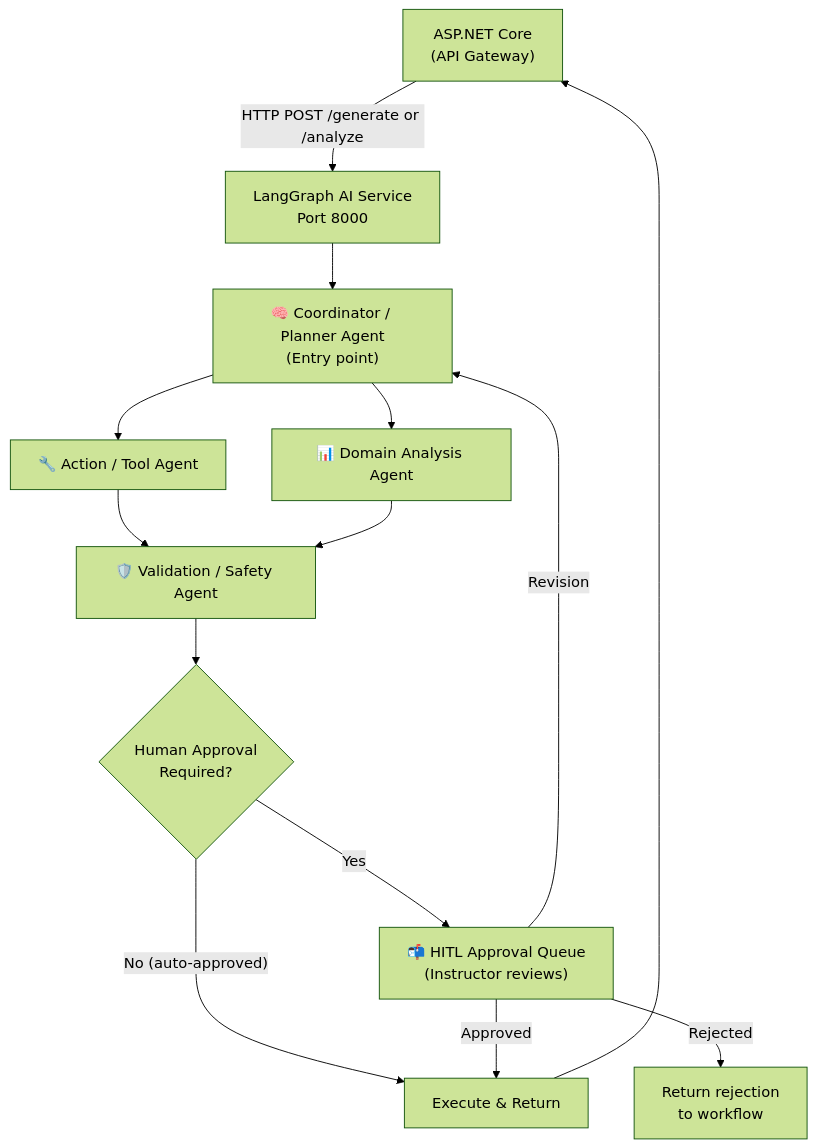
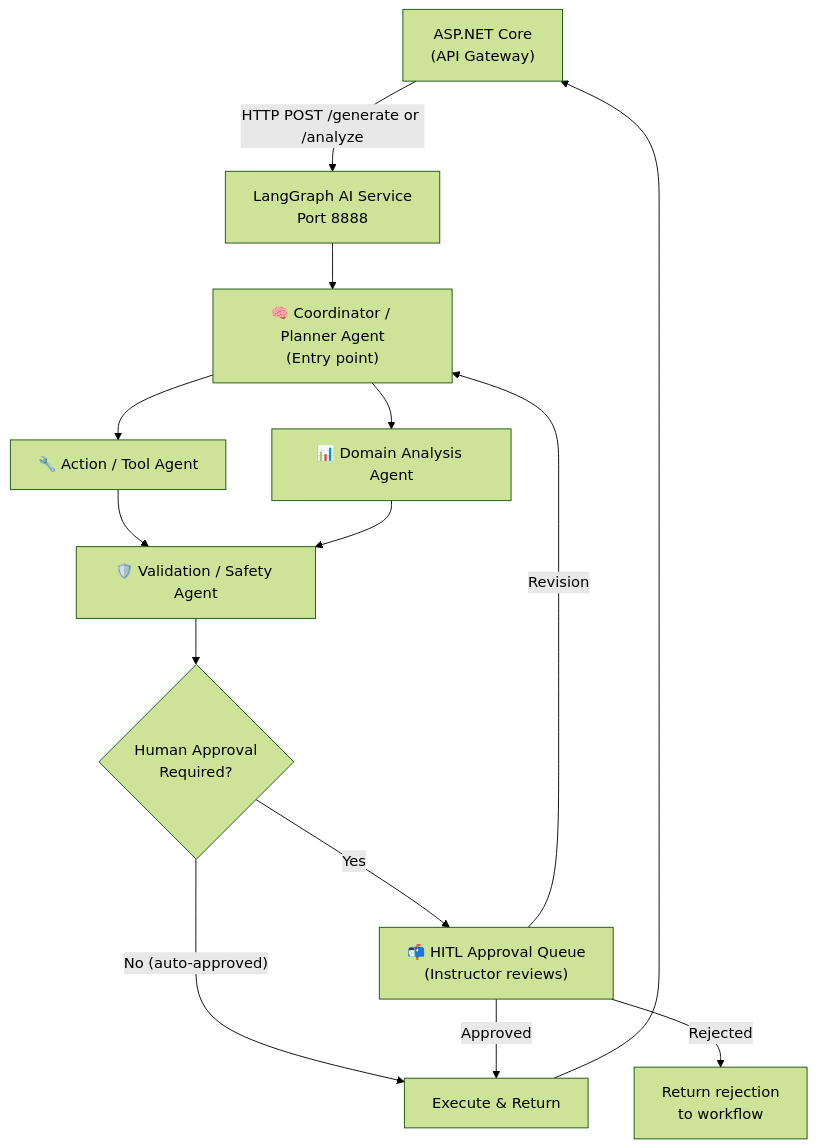
One commit to Raashidh-Rizvi/EduFlowAi changed the first of 3 diagrams in docs/project/09_AI_ORCHESTRATION.md. Above: the diagram before and after it, drawn with Mermaid (forest theme). The commit also changed 9 other files, not shown here.

````diff
--- a/docs/project/09_AI_ORCHESTRATION.md
+++ b/docs/project/09_AI_ORCHESTRATION.md
@@ -13,16 +13,16 @@
 ```mermaid
 flowchart TD
-    BACKEND["ASP.NET Core\n(API Gateway)"] -->|"HTTP POST /generate or /analyze"| AI["LangGraph AI Service\nPort 8000"]
+    BACKEND["ASP.NET Core\n(API Gateway)"] -->|"HTTP POST /generate or /analyze"| AI["LangGraph AI Service\nPort 8888"]
     AI --> COORD["🧠 Coordinator / Planner Agent\n(Entry point)"]
     COORD --> TOOL["🔧 Action / Tool Agent"]
     COORD --> DOMAIN["📊 Domain Analysis Agent"]
     TOOL --> VAL["🛡️ Validation / Safety Agent"]
     DOMAIN --> VAL
     VAL --> GATE{"Human Approval\nRequired?"}
     GATE -->|"Yes"| HITL["📬 HITL Approval Queue\n(Instructor reviews)"]
     GATE -->|"No (auto-approved)"| EXEC["Execute & Return"]
     HITL -->|"Approved"| EXEC
     HITL -->|"Rejected"| REJ["Return rejection\nto workflow"]
     HITL -->|"Revision"| COORD
     EXEC --> BACKEND
 ```
````
